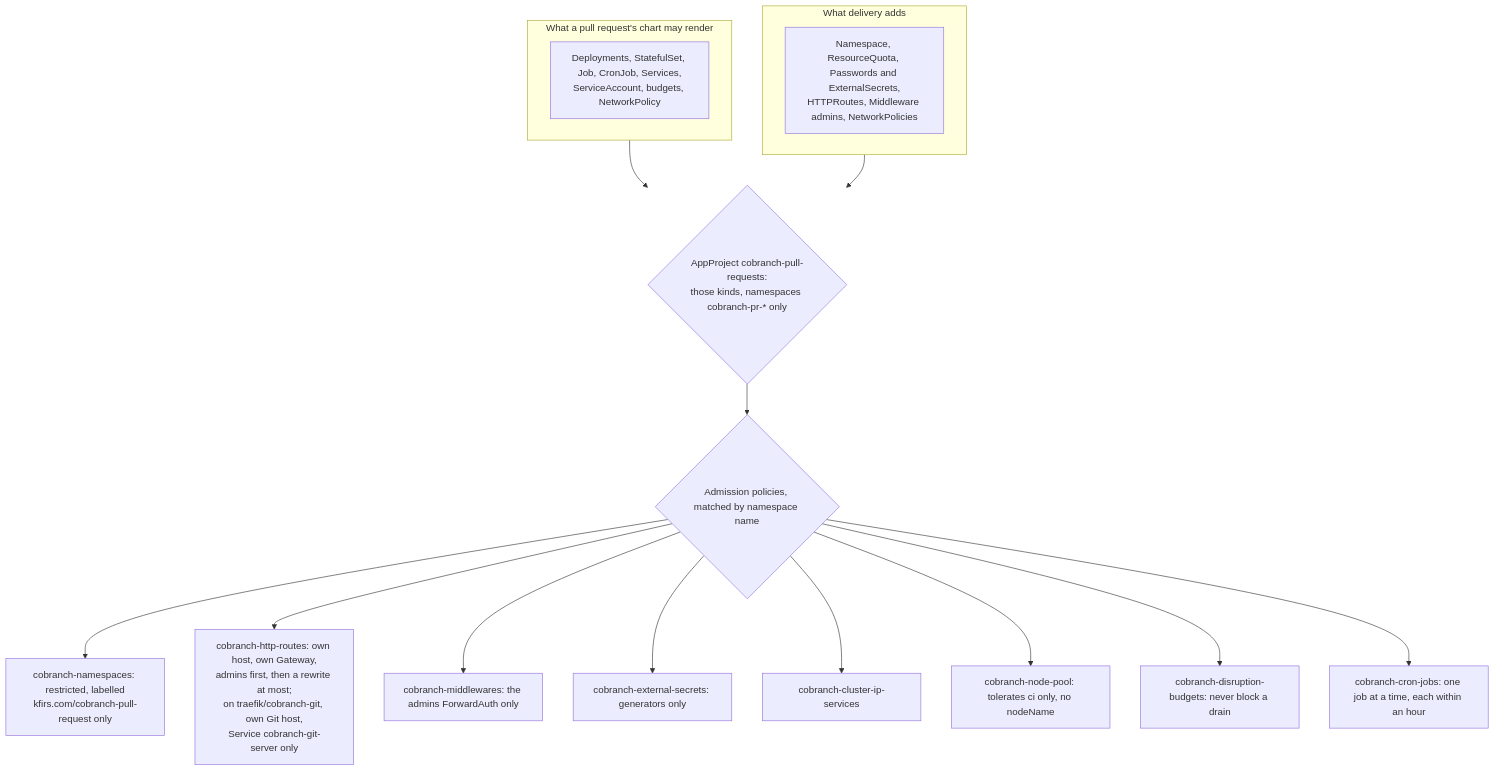
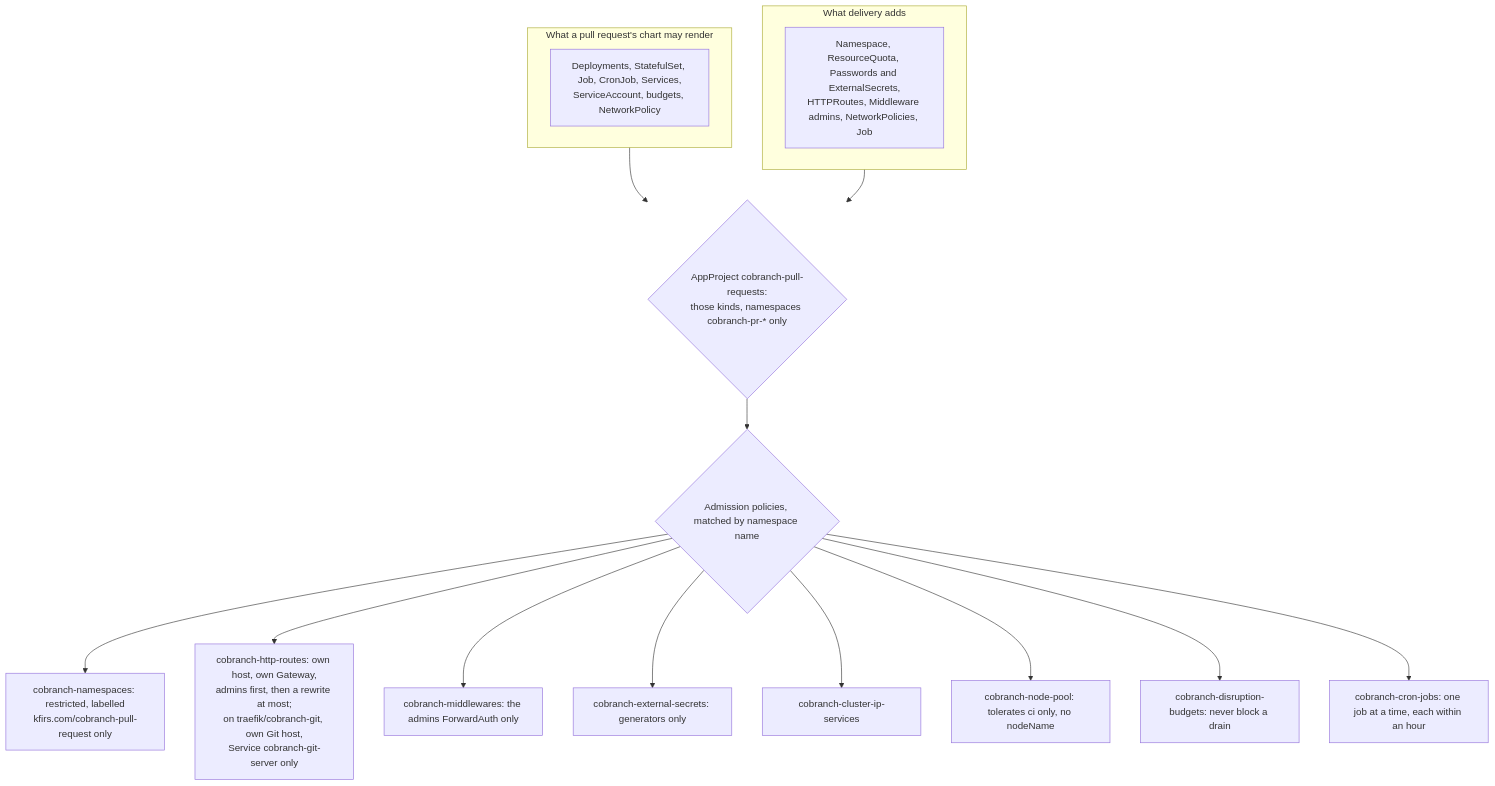
Before and after one commit to arikkfir-org/delivery: the fifth of 5 diagrams in docs/delivery/designs/cobranch-previews.md, drawn with Mermaid. The commit also changed other lines of this file and 5 other files, not shown here.

````diff
--- a/docs/delivery/designs/cobranch-previews.md
+++ b/docs/delivery/designs/cobranch-previews.md
@@ -78,20 +106,20 @@
 ```mermaid
 flowchart TB
   subgraph code["What a pull request's chart may render"]
     K1["Deployments, StatefulSet, Job, CronJob, Services,<br/>ServiceAccount, budgets, NetworkPolicy"]
   end
   subgraph hub["What delivery adds"]
-    K2["Namespace, ResourceQuota, Passwords and ExternalSecrets,<br/>HTTPRoutes, Middleware admins, NetworkPolicies"]
+    K2["Namespace, ResourceQuota, Passwords and ExternalSecrets,<br/>HTTPRoutes, Middleware admins, NetworkPolicies, Job"]
   end
   code --> Proj{"AppProject cobranch-pull-requests:<br/>those kinds, namespaces cobranch-pr-* only"}
   hub --> Proj
   Proj --> Pol{"Admission policies, matched by namespace name"}
   Pol --> P1["cobranch-namespaces: restricted, labelled<br/>kfirs.com/cobranch-pull-request only"]
   Pol --> P2["cobranch-http-routes: own host, own Gateway,<br/>admins first, then a rewrite at most;<br/>on traefik/cobranch-git, own Git host,<br/>Service cobranch-git-server only"]
   Pol --> P3["cobranch-middlewares: the admins ForwardAuth only"]
   Pol --> P4["cobranch-external-secrets: generators only"]
   Pol --> P5["cobranch-cluster-ip-services"]
   Pol --> P6["cobranch-node-pool: tolerates ci only, no nodeName"]
   Pol --> P7["cobranch-disruption-budgets: never block a drain"]
   Pol --> P8["cobranch-cron-jobs: one job at a time, each within an hour"]
 ```
````
